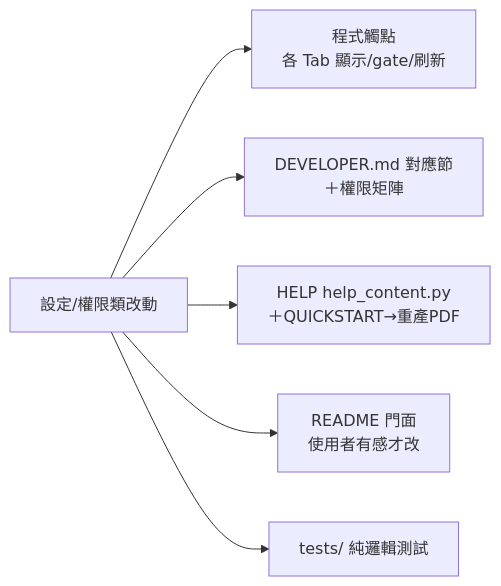
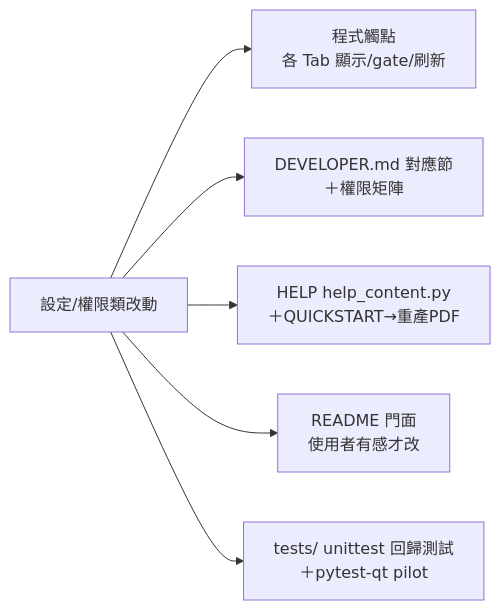
Before and after one commit to jerrygskk/PoliceDocSys: the diagram in DEVELOPER.md, drawn with Mermaid. The commit also changed other lines of this file and 4 other files, not shown here.

````diff
--- a/DEVELOPER.md
+++ b/DEVELOPER.md
@@ -66,8 +66,8 @@
 ```mermaid
 graph LR
     S[設定/權限類改動] --> C[程式觸點<br>各 Tab 顯示/gate/刷新]
     S --> D[DEVELOPER.md 對應節<br>＋權限矩陣]
     S --> H[HELP help_content.py<br>＋QUICKSTART→重產PDF]
     S --> R[README 門面<br>使用者有感才改]
-    S --> T[tests/ 純邏輯測試]
+    S --> T[tests/ unittest 回歸測試<br>＋pytest-qt pilot]
 ```
````
